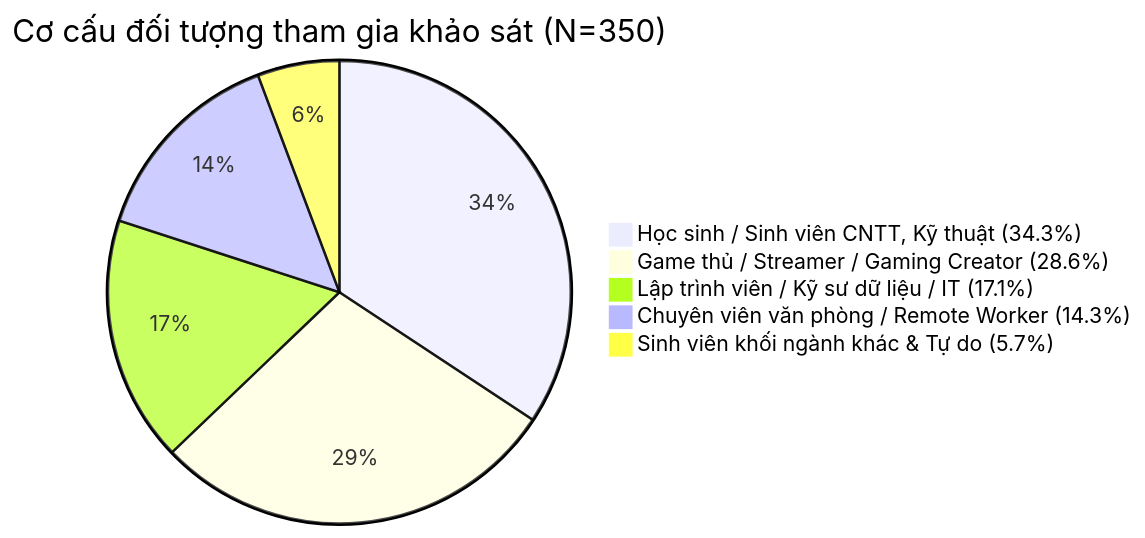
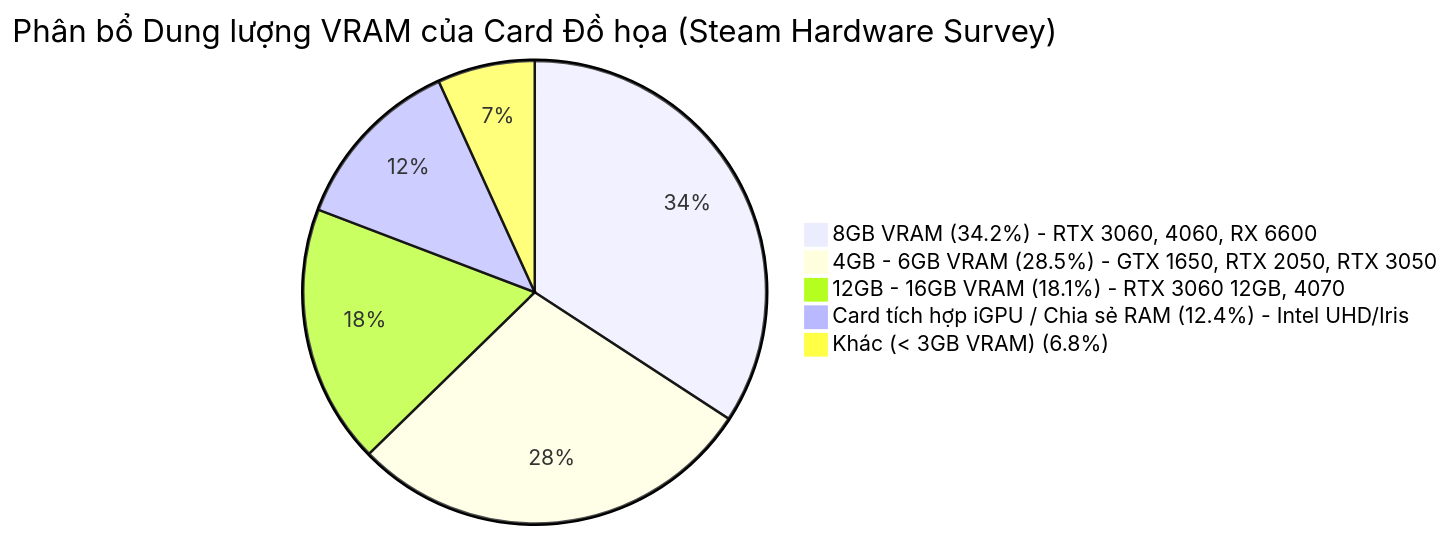
The second of 3 diagrams in survey_and_feasibility/03_survey_data_analysis.md (Kenny11423/VoxGlance), drawn with Mermaid before and after one commit. The commit also changed other lines of this file and 3 other files, not shown here.

````diff
--- a/survey_and_feasibility/03_survey_data_analysis.md
+++ b/survey_and_feasibility/03_survey_data_analysis.md
@@ -12,8 +35,8 @@
 ```mermaid
-pie title Cơ cấu đối tượng tham gia khảo sát (N=350)
-    "Học sinh / Sinh viên CNTT, Kỹ thuật (34.3%)" : 120
-    "Game thủ / Streamer / Gaming Creator (28.6%)" : 100
-    "Lập trình viên / Kỹ sư dữ liệu / IT (17.1%)" : 60
-    "Chuyên viên văn phòng / Remote Worker (14.3%)" : 50
-    "Sinh viên khối ngành khác & Tự do (5.7%)" : 20
+pie title Phân bổ Dung lượng VRAM của Card Đồ họa (Steam Hardware Survey)
+    "8GB VRAM (34.2%) - RTX 3060, 4060, RX 6600" : 342
+    "4GB - 6GB VRAM (28.5%) - GTX 1650, RTX 2050, RTX 3050" : 285
+    "12GB - 16GB VRAM (18.1%) - RTX 3060 12GB, 4070" : 181
+    "Card tích hợp iGPU / Chia sẻ RAM (12.4%) - Intel UHD/Iris" : 124
+    "Khác (< 3GB VRAM) (6.8%)" : 68
 ```
````
